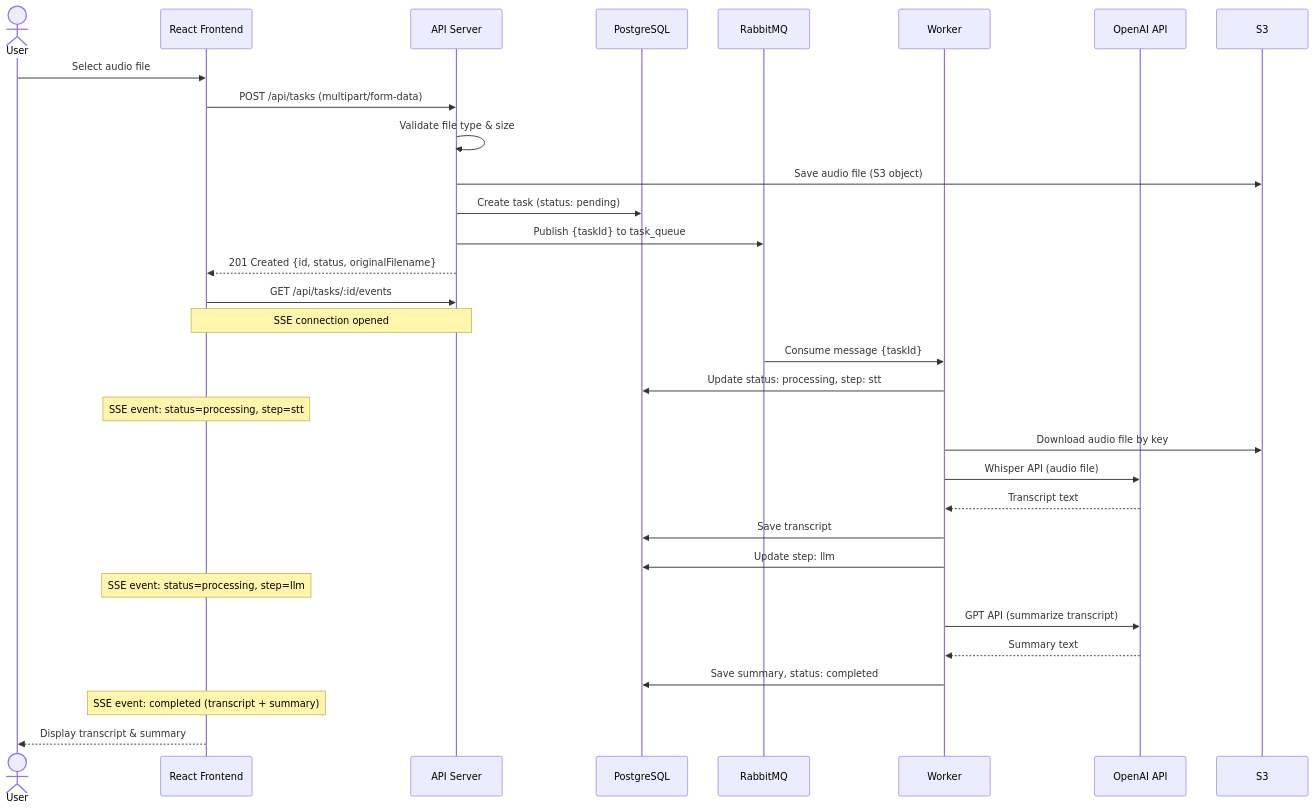
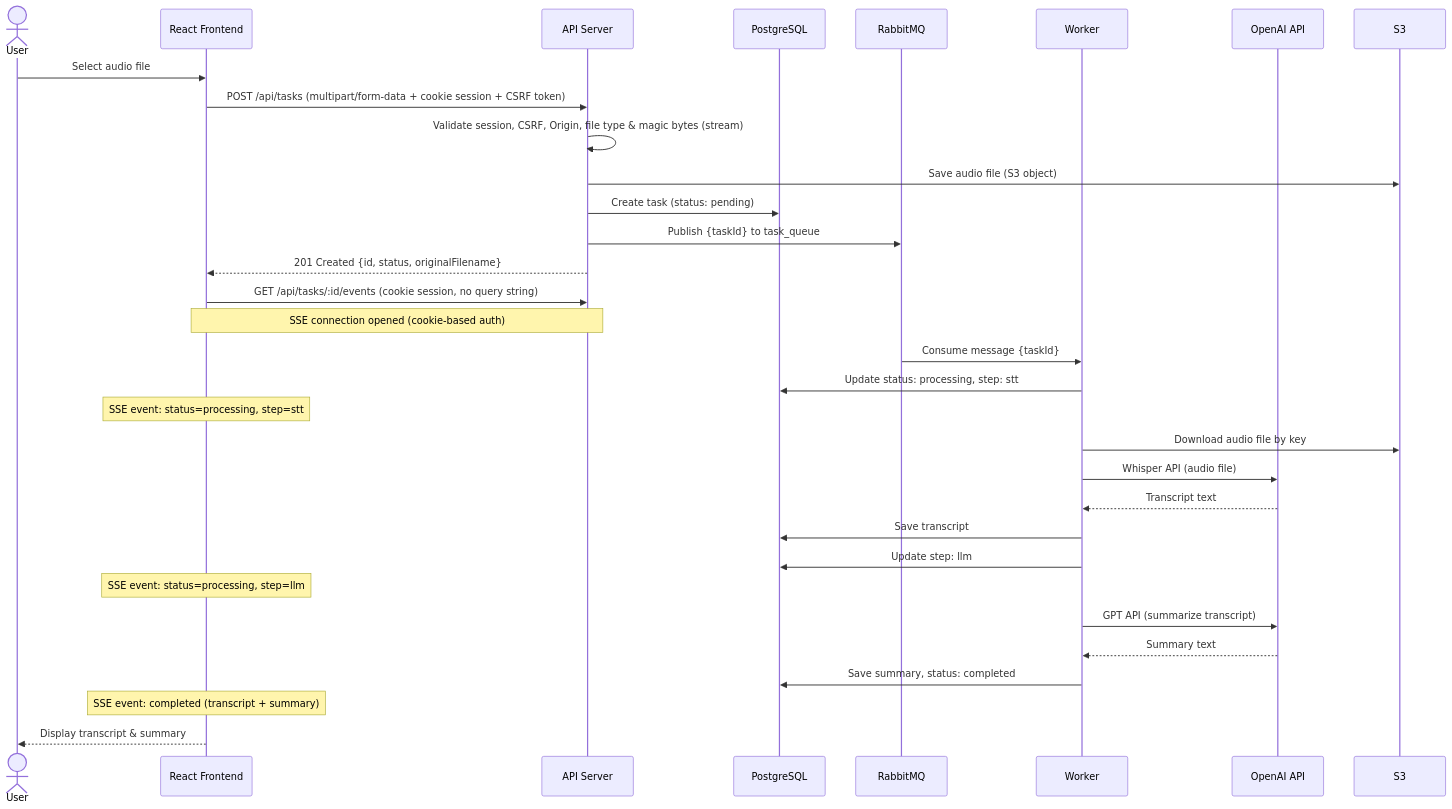
The second of 3 diagrams in docs/architecture.md (m24927605/stt-summary-server), drawn with Mermaid before and after one commit. The commit also changed other lines of this file and 50 other files, not shown here.

````diff
--- a/docs/architecture.md
+++ b/docs/architecture.md
@@ -47,38 +53,38 @@
 ```mermaid
 sequenceDiagram
     actor User
     participant FE as React Frontend
     participant API as API Server
     participant DB as PostgreSQL
     participant MQ as RabbitMQ
     participant W as Worker
     participant OAI as OpenAI API
 
     User->>FE: Select audio file
-    FE->>API: POST /api/tasks (multipart/form-data)
-    API->>API: Validate file type & size
+    FE->>API: POST /api/tasks (multipart/form-data + cookie session + CSRF token)
+    API->>API: Validate session, CSRF, Origin, file type & magic bytes (stream)
     API->>S3: Save audio file (S3 object)
     API->>DB: Create task (status: pending)
     API->>MQ: Publish {taskId} to task_queue
     API-->>FE: 201 Created {id, status, originalFilename}
 
-    FE->>API: GET /api/tasks/:id/events
-    Note over FE,API: SSE connection opened
+    FE->>API: GET /api/tasks/:id/events (cookie session, no query string)
+    Note over FE,API: SSE connection opened (cookie-based auth)
 
     MQ->>W: Consume message {taskId}
     W->>DB: Update status: processing, step: stt
     Note over FE: SSE event: status=processing, step=stt
     W->>S3: Download audio file by key
     W->>OAI: Whisper API (audio file)
     OAI-->>W: Transcript text
     W->>DB: Save transcript
 
     W->>DB: Update step: llm
     Note over FE: SSE event: status=processing, step=llm
     W->>OAI: GPT API (summarize transcript)
     OAI-->>W: Summary text
     W->>DB: Save summary, status: completed
 
     Note over FE: SSE event: completed (transcript + summary)
     FE-->>User: Display transcript & summary
 ```
````
